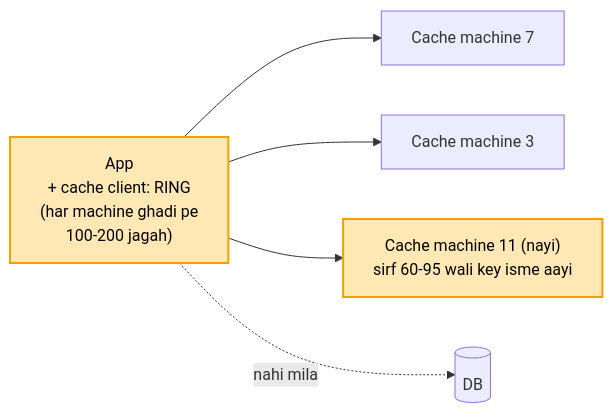
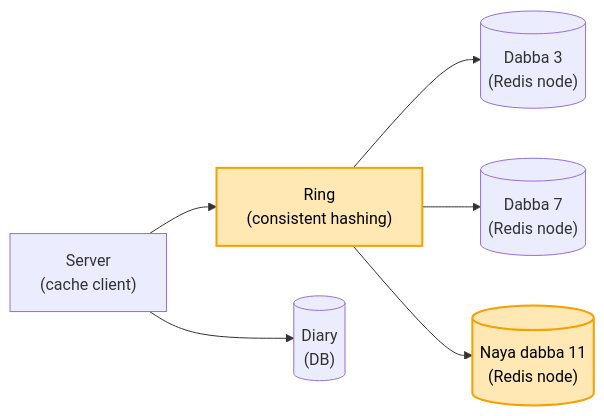
One commit to ArpanMaheshwari144/Prep changed the second of 3 diagrams in 04_HLD/SYSTEM_DESIGNS/10_distributed_cache/10_distributed_cache.md. Above: the diagram before and after it, drawn with Mermaid. The commit also changed other lines of this file and 13 other files, not shown here.

````diff
--- a/04_HLD/SYSTEM_DESIGNS/10_distributed_cache/10_distributed_cache.md
+++ b/04_HLD/SYSTEM_DESIGNS/10_distributed_cache/10_distributed_cache.md
@@ -197,9 +76,10 @@
 ```mermaid
 flowchart LR
-    A["App<br/>+ cache client: RING<br/>(har machine ghadi pe<br/>100-200 jagah)"] --> M7["Cache machine 7"]
-    A --> M3["Cache machine 3"]
-    A --> M11["Cache machine 11 (nayi)<br/>sirf 60-95 wali key isme aayi"]
-    A -.->|"nahi mila"| D[("DB")]
-    style A fill:#ffe8b3,stroke:#f59f00,stroke-width:2px,color:#000
+    A["Server<br/>(cache client)"] --> R["Ring<br/>(consistent hashing)"]
+    R --> M3[("Dabba 3<br/>(Redis node)")]
+    R --> M7[("Dabba 7<br/>(Redis node)")]
+    R --> M11[("Naya dabba 11<br/>(Redis node)")]
+    A --> D[("Diary<br/>(DB)")]
+    style R fill:#ffe8b3,stroke:#f59f00,stroke-width:2px,color:#000
     style M11 fill:#ffe8b3,stroke:#f59f00,stroke-width:2px,color:#000
 ```
````
